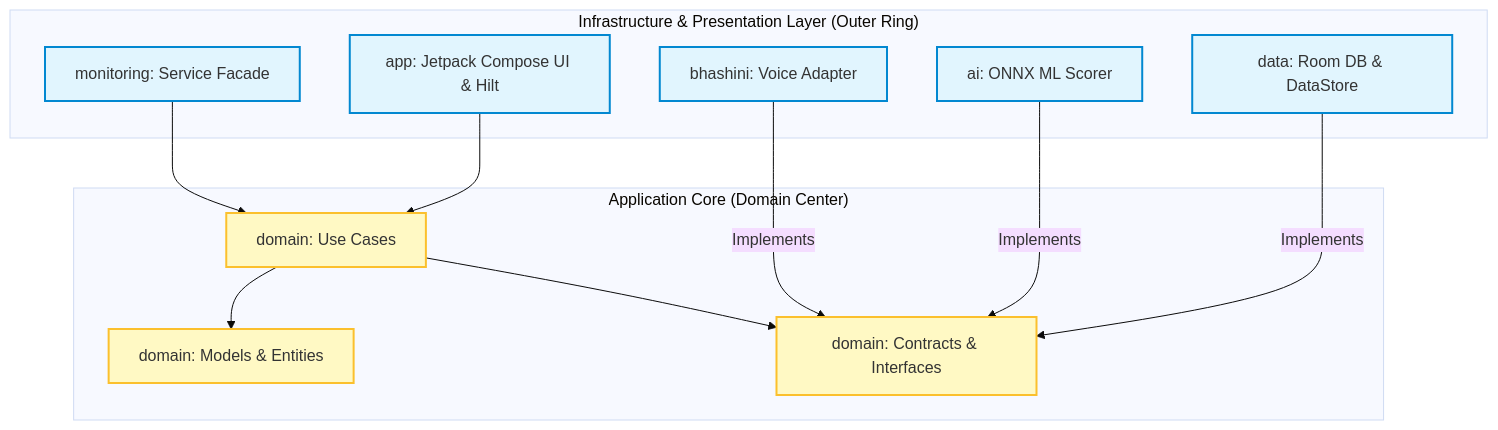
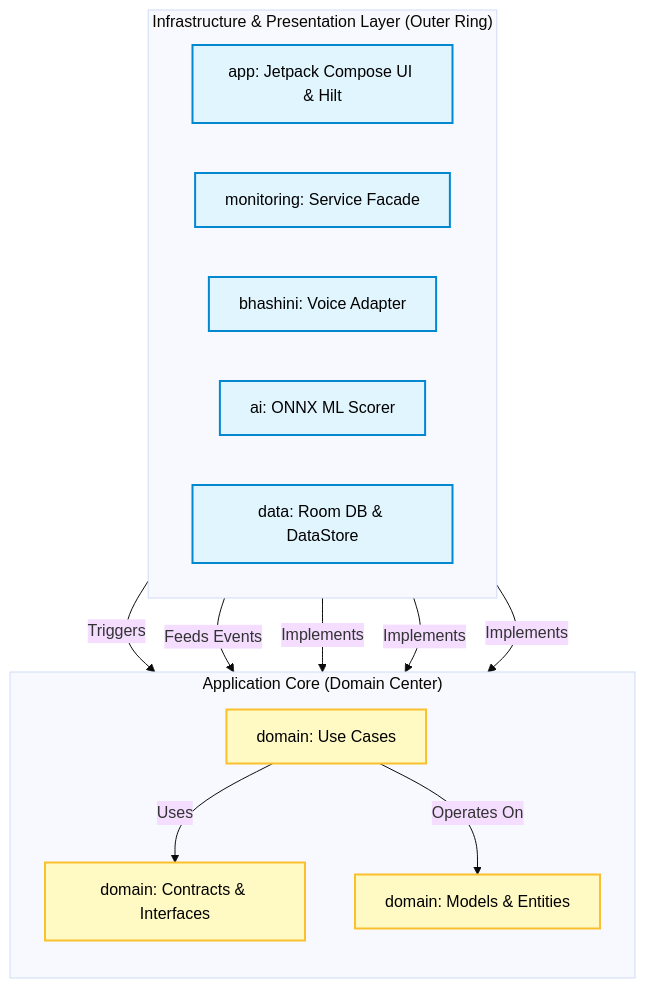
One commit to kgp134134-sys/GramKavach-CyberShield changed the diagram in README.md. Above: the diagram before and after it, drawn with Mermaid (base theme).

Commit message:
Enhance Architecture diagram with clearer flow and labels

````diff
--- a/README.md
+++ b/README.md
@@ -86,32 +86,36 @@
 ```mermaid
 graph TD
     subgraph Outer ["Infrastructure & Presentation Layer (Outer Ring)"]
+        direction LR
         UI["app: Jetpack Compose UI & Hilt"]
+        Signal["monitoring: Service Facade"]
+        Voice["bhashini: Voice Adapter"]
+        AI["ai: ONNX ML Scorer"]
         DB["data: Room DB & DataStore"]
-        AI["ai: ONNX ML Scorer"]
-        Voice["bhashini: Voice Adapter"]
-        Signal["monitoring: Service Facade"]
     end
 
     subgraph Core ["Application Core (Domain Center)"]
+        direction TB
         UC["domain: Use Cases"]
+        Intf["domain: Contracts & Interfaces"]
         Model["domain: Models & Entities"]
-        Intf["domain: Contracts & Interfaces"]
     end
 
-    %% Dependency Direction (Always Inward)
-    UI --> UC
-    DB -- Implements --> Intf
-    AI -- Implements --> Intf
-    Voice -- Implements --> Intf
-    Signal --> UC
+    %% Clean Top-to-Bottom Flow
+    UI -->|Triggers| UC
+    Signal -->|Feeds Events| UC
     
-    UC --> Model
-    UC --> Intf
+    UC -->|Uses| Intf
+    UC -->|Operates On| Model
 
-    classDef outer fill:#E1F5FE,stroke:#0288D1,stroke-width:2px;
-    classDef core fill:#FFF9C4,stroke:#FBC02D,stroke-width:2px;
-    
-    class UI,DB,AI,Voice,Signal outer;
-    class UC,Model,Intf core;
+    Voice -->|Implements| Intf
+    AI -->|Implements| Intf
+    DB -->|Implements| Intf
+
+    %% Styling
+    classDef outer fill:#E1F5FE,stroke:#0288D1,stroke-width:2px,color:#000
+    classDef core fill:#FFF9C4,stroke:#FBC02D,stroke-width:2px,color:#000
+
+    class UI,Signal,Voice,AI,DB outer
+    class UC,Intf,Model core
 ```
````
